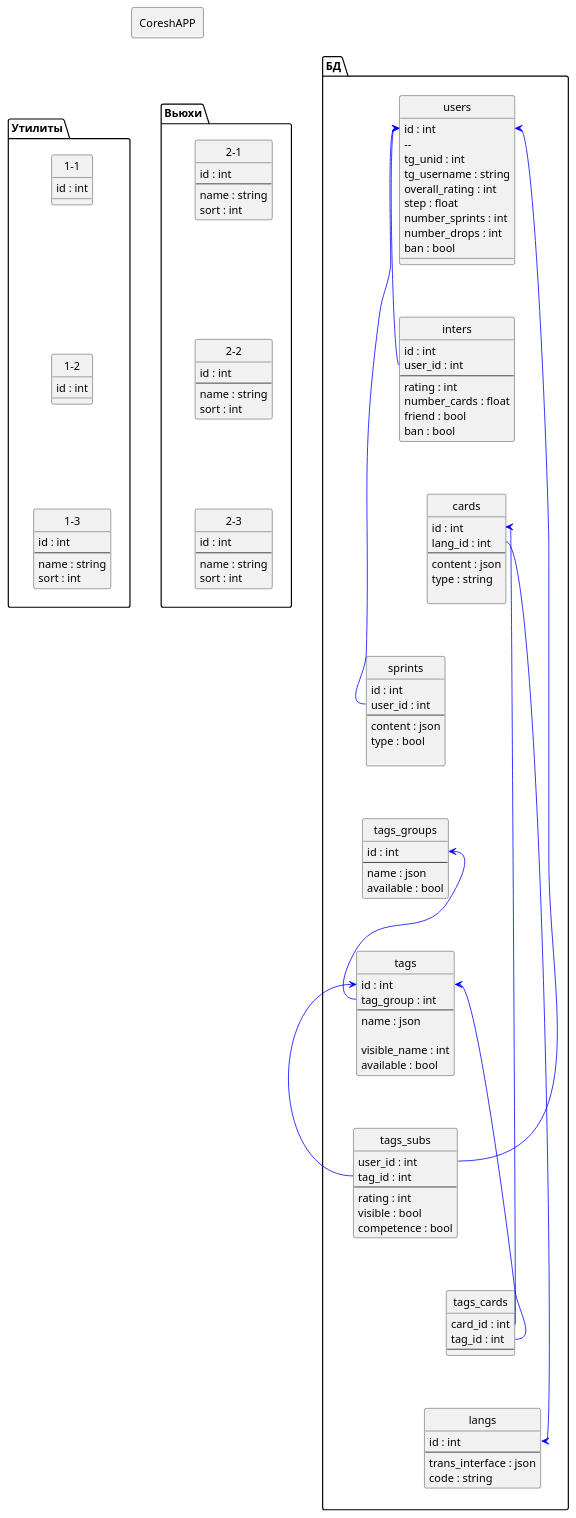
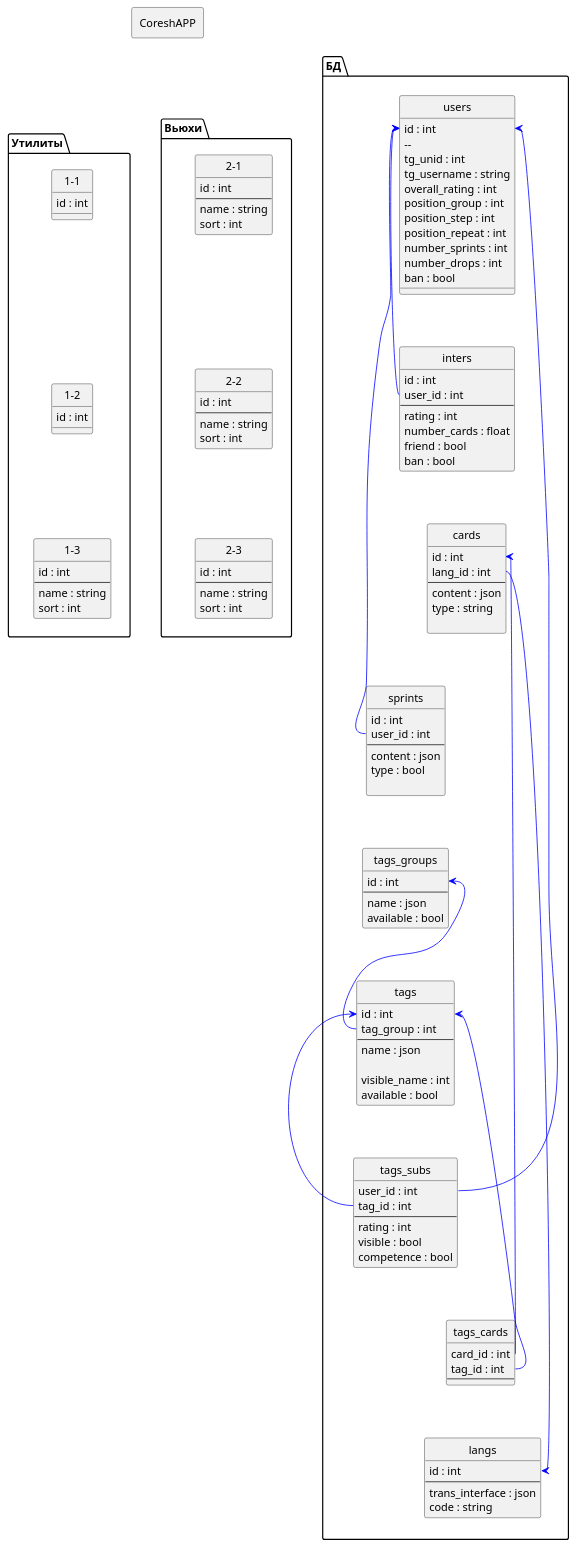
The diagram in README-files/uml.md (Ulver56/coresh), drawn with PlantUML before and after one commit. The commit also changed 2 other files, not shown here.

```diff
--- a/README-files/uml.md
+++ b/README-files/uml.md
@@ -69,8 +69,12 @@
     tg_username : string
   ' общий рейтинг 
     overall_rating : int
-  ' Текущий шаг и подшаг спринта.
-    step : float
+  ' Позиция сприрта - группа.
+    position_group : int
+  ' Позиция спринта - шаг.
+    position_step : int
+  ' Позиция сприрта - повторение.
+    position_repeat : int
   ' количество пройденных спринтов
     number_sprints : int
   ' количество сбросов аккаунта
@@ -78,6 +82,7 @@
   ' забанен
     ban : bool
   }
+
 
 ' ## Cобеседник ##
     entity "inters" {
```
